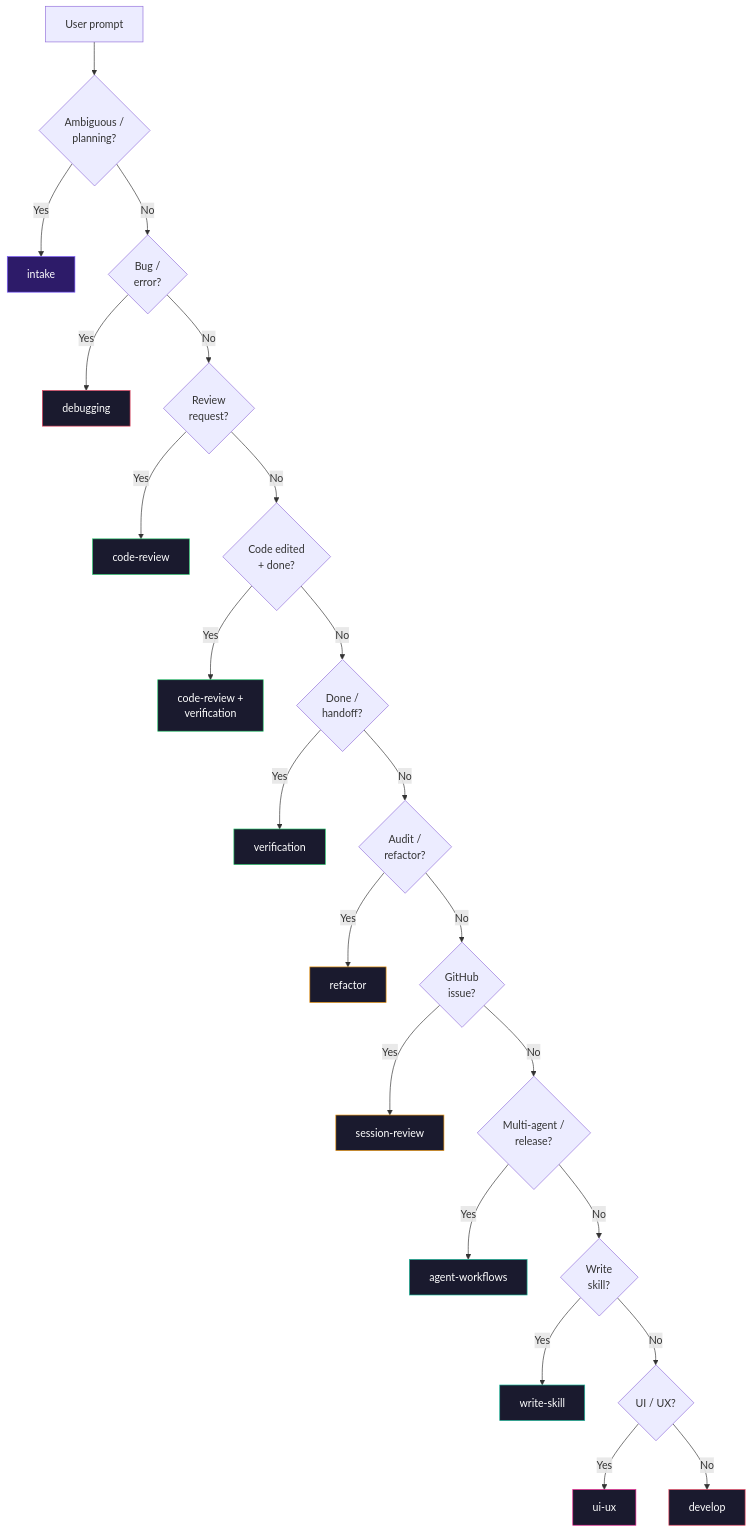
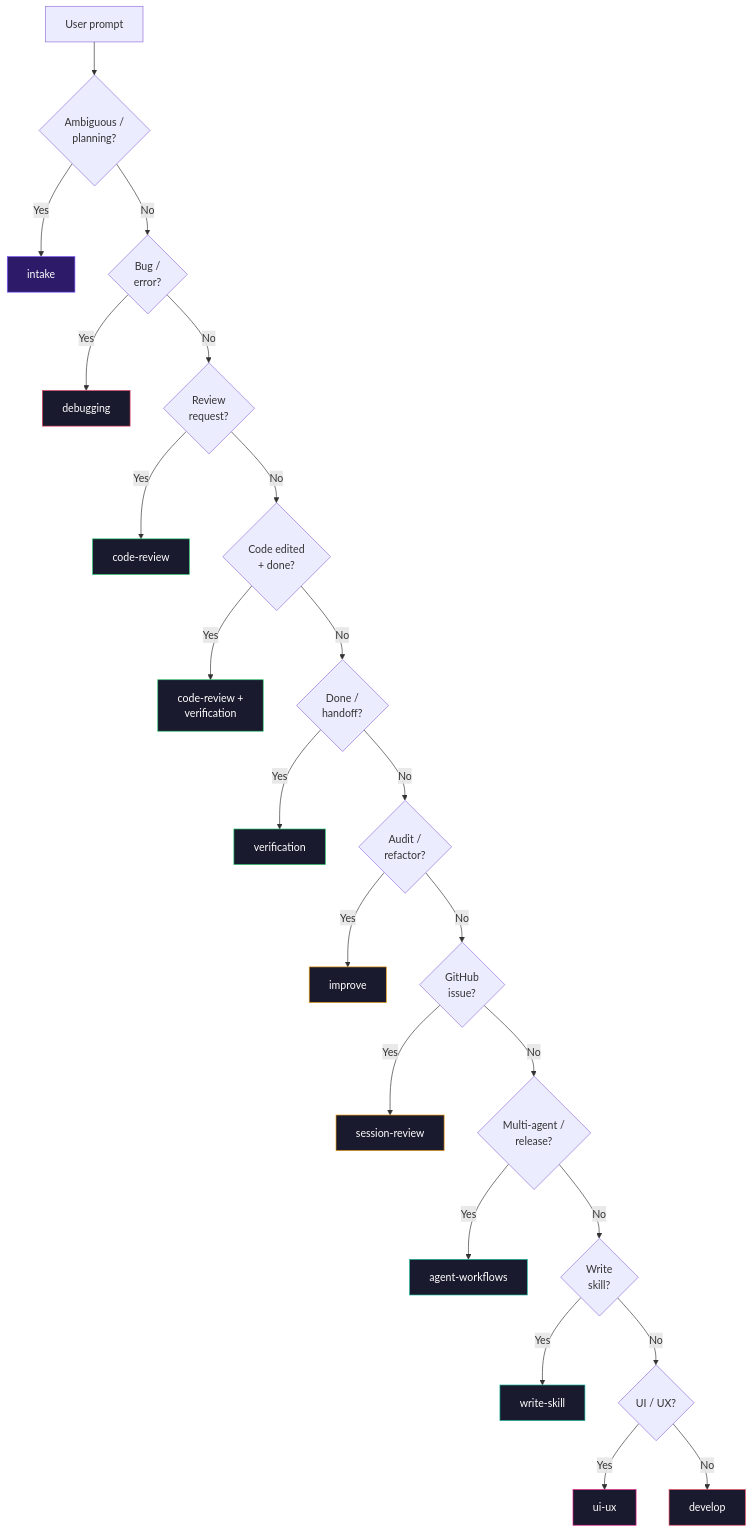
Before and after one commit to MarkBovee/agent-skills-kit: the diagram in README.md, drawn with Mermaid. The commit also changed other lines of this file and 21 other files, not shown here.

````diff
--- a/README.md
+++ b/README.md
@@ -236,36 +236,36 @@
 ```mermaid
 flowchart TD
     P[User prompt] --> C1{"Ambiguous /<br>planning?"}
     C1 -->|Yes| I[intake]
     C1 -->|No| C2{"Bug /<br>error?"}
     C2 -->|Yes| D[debugging]
     C2 -->|No| C3{"Review<br>request?"}
     C3 -->|Yes| CR[code-review]
     C3 -->|No| C4{"Code edited<br>+ done?"}
     C4 -->|Yes| CRV["code-review +<br>verification"]
     C4 -->|No| C5{"Done /<br>handoff?"}
     C5 -->|Yes| V[verification]
     C5 -->|No| C6{"Audit /<br>refactor?"}
-    C6 -->|Yes| R[refactor]
+    C6 -->|Yes| R[improve]
     C6 -->|No| C7{"GitHub<br>issue?"}
     C7 -->|Yes| G["session-review"]
     C7 -->|No| C8{"Multi-agent /<br>release?"}
     C8 -->|Yes| A[agent-workflows]
     C8 -->|No| C9{"Write<br>skill?"}
     C9 -->|Yes| W[write-skill]
     C9 -->|No| C10{"UI / UX?"}
     C10 -->|Yes| U[ui-ux]
     C10 -->|No| DE[develop]
 
     style I fill:#2d1b69,stroke:#7C5CFF,color:#fff
     style D fill:#1a1a2e,stroke:#e94560,color:#fff
     style DE fill:#1a1a2e,stroke:#e94560,color:#fff
     style CR fill:#1a1a2e,stroke:#2ecc71,color:#fff
     style CRV fill:#1a1a2e,stroke:#2ecc71,color:#fff
     style V fill:#1a1a2e,stroke:#2ecc71,color:#fff
     style R fill:#1a1a2e,stroke:#f39c12,color:#fff
     style G fill:#1a1a2e,stroke:#f39c12,color:#fff
     style A fill:#1a1a2e,stroke:#1abc9c,color:#fff
     style W fill:#1a1a2e,stroke:#1abc9c,color:#fff
     style U fill:#1a1a2e,stroke:#e91e8c,color:#fff
 ```
````
